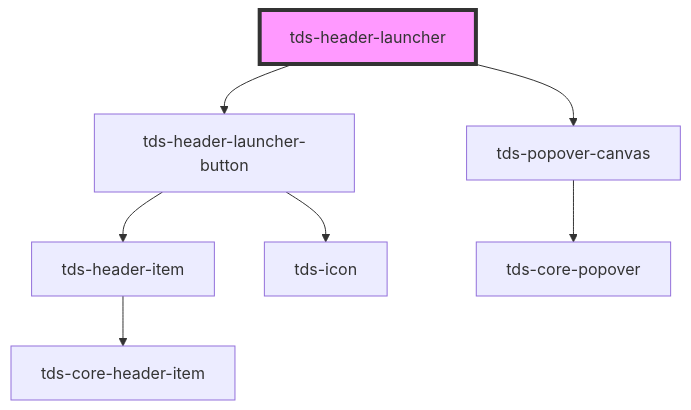
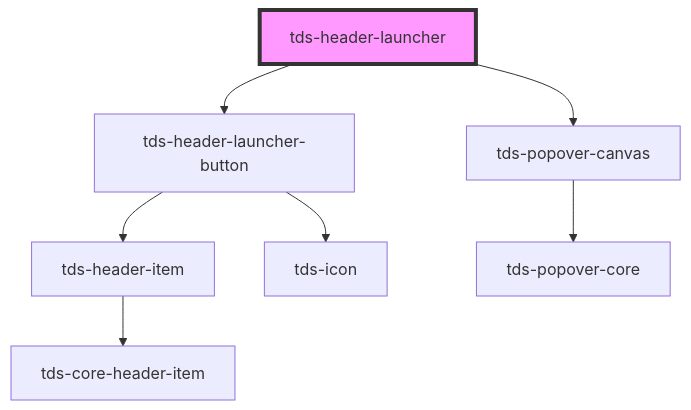
Before and after one commit to scania-digital-design-system/tegel: the diagram in core/src/components/header/header-launcher/readme.md, drawn with Mermaid. The commit also changed 9 other files, not shown here.

Commit message:
refactor(popover-core): rename and move

````diff
--- a/core/src/components/header/header-launcher/readme.md
+++ b/core/src/components/header/header-launcher/readme.md
@@ -23,10 +23,10 @@
 ```mermaid
 graph TD;
   tds-header-launcher --> tds-header-launcher-button
   tds-header-launcher --> tds-popover-canvas
   tds-header-launcher-button --> tds-header-item
   tds-header-launcher-button --> tds-icon
   tds-header-item --> tds-core-header-item
-  tds-popover-canvas --> tds-core-popover
+  tds-popover-canvas --> tds-popover-core
   style tds-header-launcher fill:#f9f,stroke:#333,stroke-width:4px
 ```
````
